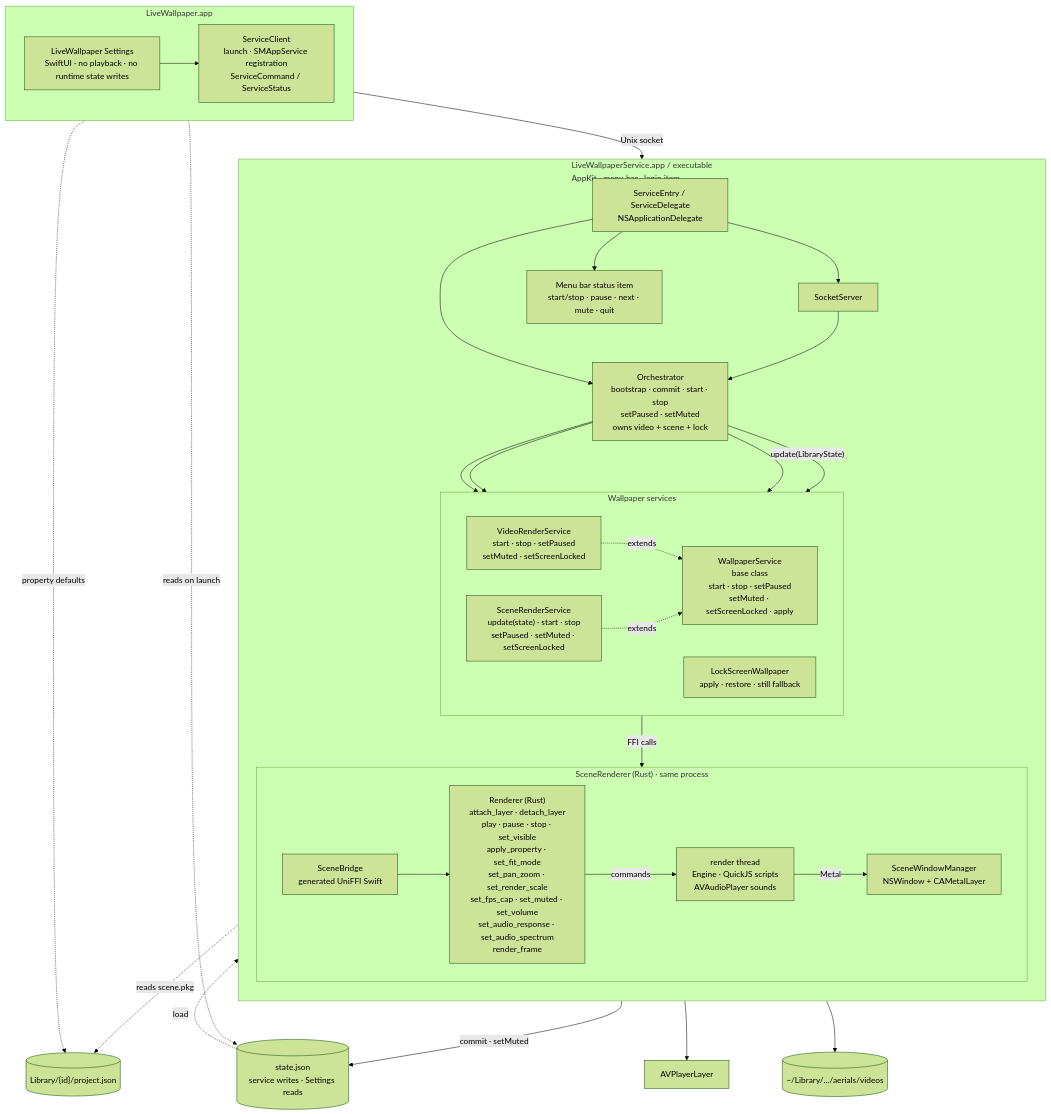
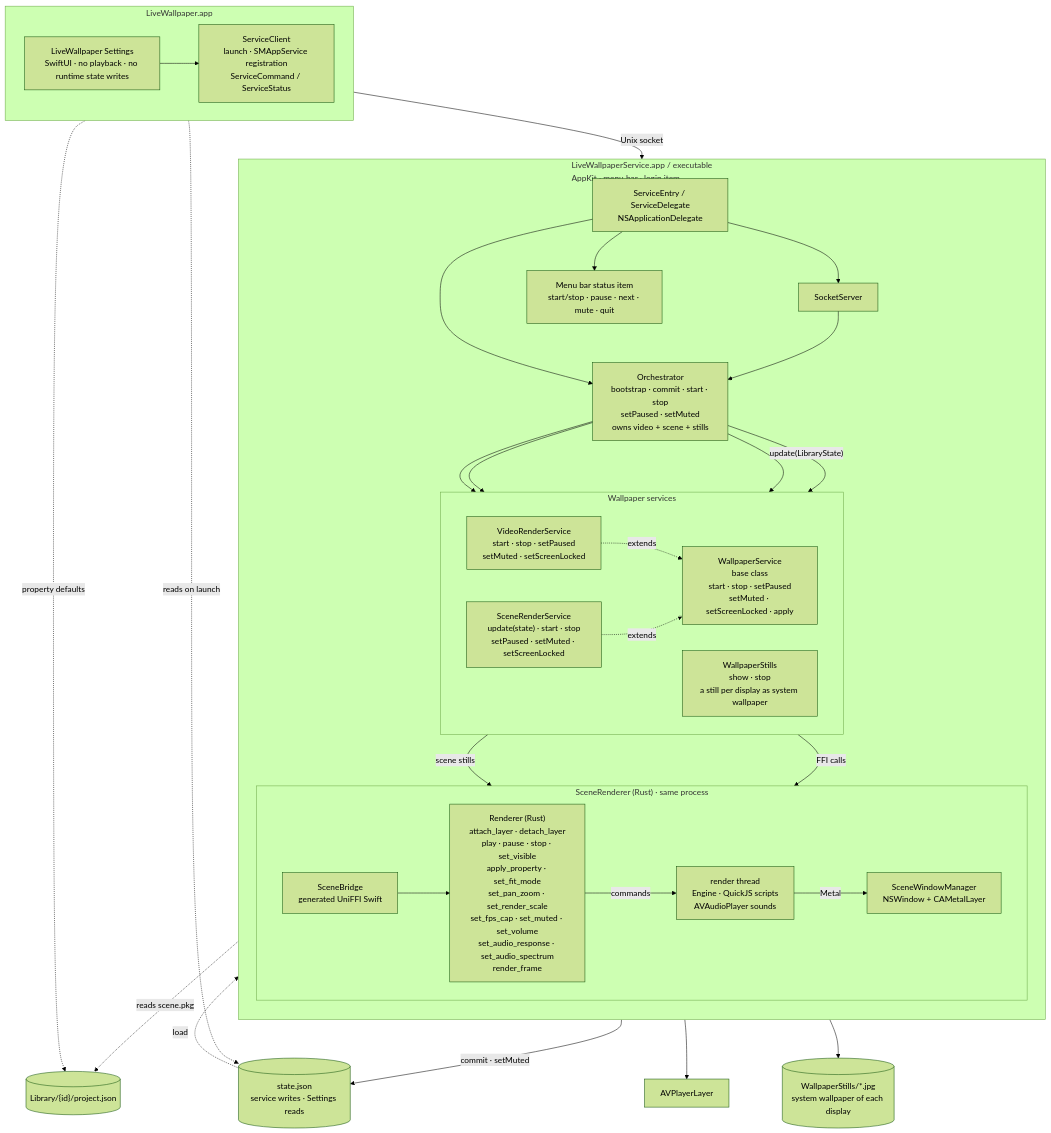
Before and after one commit to Keksuccino/LiveWallpaper: the diagram in ARCHITECTURE.md, drawn with Mermaid (forest theme). The commit also changed other lines of this file and 11 other files, not shown here.

First line of the commit message:
Set a still of the live wallpaper as each display's system wallpaper

````diff
--- a/ARCHITECTURE.md
+++ b/ARCHITECTURE.md
@@ -14,62 +14,63 @@
 ```mermaid
 flowchart TB
     subgraph APP["LiveWallpaper.app"]
         direction LR
         UI["LiveWallpaper Settings<br/>SwiftUI · no playback · no runtime state writes"]
         CLIENT["ServiceClient<br/>launch · SMAppService registration<br/>ServiceCommand / ServiceStatus"]
         UI --> CLIENT
     end
 
     subgraph SERVICE["LiveWallpaperService.app / executable<br/>AppKit · menu bar · login item"]
         direction TB
         ENTRY["ServiceEntry / ServiceDelegate<br/>NSApplicationDelegate"]
         SOCK["SocketServer"]
-        ORCH["Orchestrator<br/>bootstrap · commit · start · stop<br/>setPaused · setMuted<br/>owns video + scene + lock"]
+        ORCH["Orchestrator<br/>bootstrap · commit · start · stop<br/>setPaused · setMuted<br/>owns video + scene + stills"]
         MENU["Menu bar status item<br/>start/stop · pause · next · mute · quit"]
 
         subgraph PLAY["Wallpaper services"]
             direction LR
             BASE["WallpaperService<br/>base class<br/>start · stop · setPaused<br/>setMuted · setScreenLocked · apply"]
             VIDEO["VideoRenderService<br/>start · stop · setPaused<br/>setMuted · setScreenLocked"]
             SCENE["SceneRenderService<br/>update(state) · start · stop<br/>setPaused · setMuted · setScreenLocked"]
-            LOCK["LockScreenWallpaper<br/>apply · restore · still fallback"]
+            STILLS["WallpaperStills<br/>show · stop<br/>a still per display as system wallpaper"]
         end
 
         subgraph RUST["SceneRenderer (Rust) · same process"]
             direction LR
             FFI["SceneBridge<br/>generated UniFFI Swift"]
             API["Renderer (Rust)<br/>attach_layer · detach_layer<br/>play · pause · stop · set_visible<br/>apply_property · set_fit_mode<br/>set_pan_zoom · set_render_scale<br/>set_fps_cap · set_muted · set_volume<br/>set_audio_response · set_audio_spectrum<br/>render_frame"]
             THREAD["render thread<br/>Engine · QuickJS scripts<br/>AVAudioPlayer sounds"]
             WINDOW["SceneWindowManager<br/>NSWindow + CAMetalLayer"]
         end
 
         ENTRY --> SOCK
         ENTRY --> ORCH
         ENTRY --> MENU
         SOCK --> ORCH
         ORCH --> VIDEO
         ORCH --> SCENE
-        ORCH --> LOCK
+        ORCH --> STILLS
+        STILLS -->|"scene stills"| FFI
         ORCH -->|"update(LibraryState)"| SCENE
         VIDEO -.->|extends| BASE
         SCENE -.->|extends| BASE
         SCENE -->|"FFI calls"| FFI
         FFI --> API
         API -->|"commands"| THREAD
         THREAD -->|"Metal"| WINDOW
     end
 
     STATE[("state.json<br/>service writes · Settings reads")]
     PROJECT[("Library/{id}/project.json")]
-    AERIAL[("~/Library/.../aerials/videos")]
+    STILLFILES[("WallpaperStills/*.jpg<br/>system wallpaper of each display")]
     AV["AVPlayerLayer"]
 
     CLIENT -->|"Unix socket"| SOCK
     UI -.->|"reads on launch"| STATE
     UI -.->|"property defaults"| PROJECT
     ORCH -->|"commit · setMuted"| STATE
     STATE -.->|"load"| ORCH
     THREAD -.->|"reads scene.pkg"| PROJECT
     VIDEO --> AV
-    LOCK --> AERIAL
+    STILLS --> STILLFILES
 ```
````
